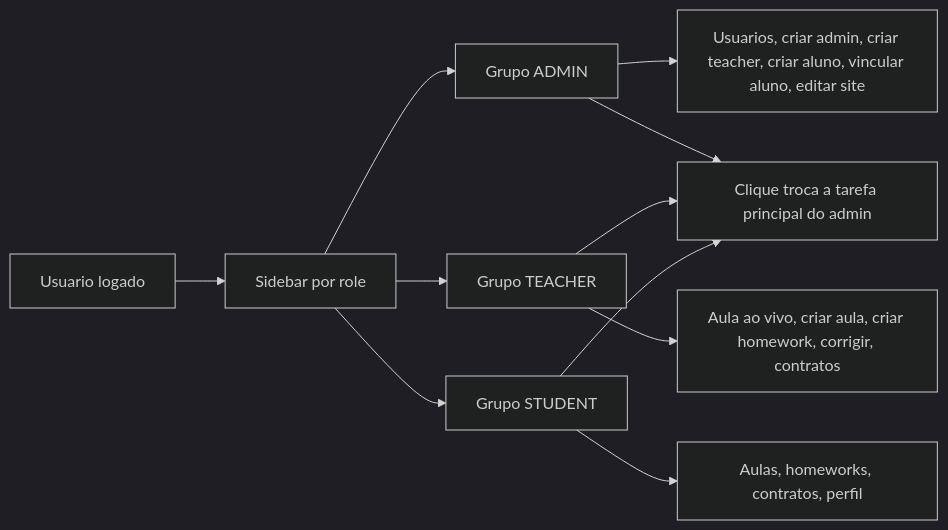
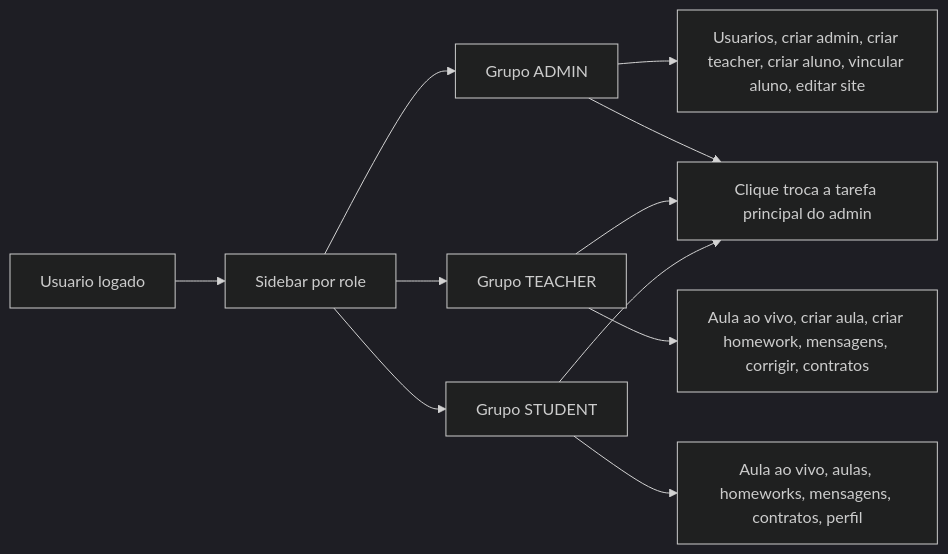
The seventh of 10 diagrams in docs/fluxos-ava.md (WilliYY/Candy-English), drawn with Mermaid (dark theme) before and after one commit. The commit also changed other lines of this file and 32 other files, not shown here.

````diff
--- a/docs/fluxos-ava.md
+++ b/docs/fluxos-ava.md
@@ -141,13 +141,13 @@
 ```mermaid
 flowchart LR
   A["Usuario logado"] --> B["Sidebar por role"]
   B --> C["Grupo ADMIN"]
   B --> D["Grupo TEACHER"]
   B --> E["Grupo STUDENT"]
   C --> C1["Usuarios, criar admin, criar teacher, criar aluno, vincular aluno, editar site"]
-  D --> D1["Aula ao vivo, criar aula, criar homework, corrigir, contratos"]
-  E --> E1["Aulas, homeworks, contratos, perfil"]
+  D --> D1["Aula ao vivo, criar aula, criar homework, mensagens, corrigir, contratos"]
+  E --> E1["Aula ao vivo, aulas, homeworks, mensagens, contratos, perfil"]
   C --> F["Clique troca a tarefa principal do admin"]
   D --> F
   E --> F
 ```
````
